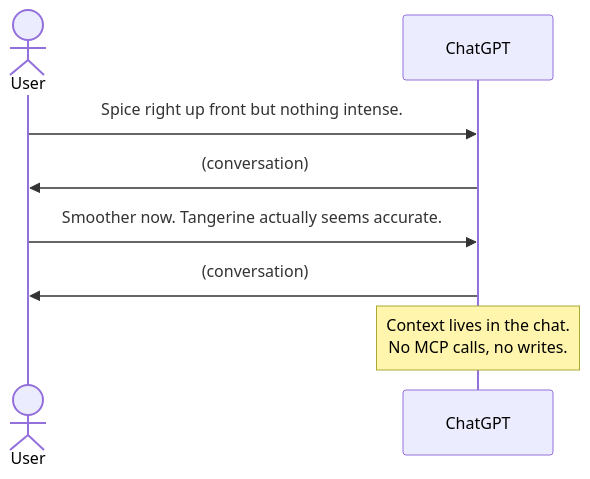
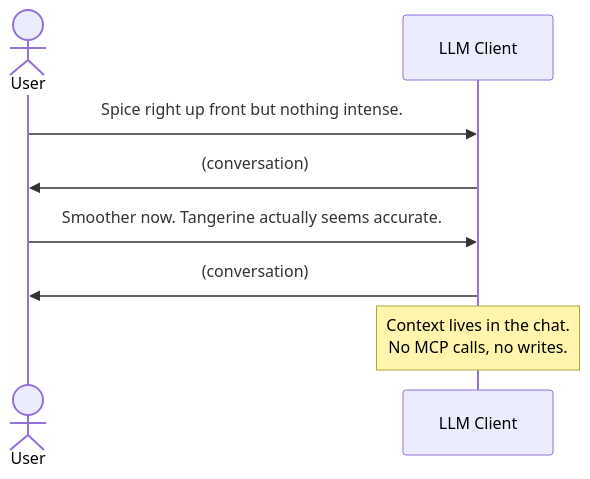
One commit to thaynes43/cigar-journal changed the first of 3 diagrams in docs/flows/001-smoking-session.md. Above: the diagram before and after it, drawn with Mermaid. The commit also changed other lines of this file and 19 other files, not shown here.

First line of the commit message:
docs: revision pass from architecture review — client-neutral MCP, retry-safe mutations, relaxed cigar taxonomy

````diff
--- a/docs/flows/001-smoking-session.md
+++ b/docs/flows/001-smoking-session.md
@@ -12,10 +15,10 @@
 ```mermaid
 sequenceDiagram
     actor U as User
-    participant C as ChatGPT
+    participant C as LLM Client
     U->>C: Spice right up front but nothing intense.
     C->>U: (conversation)
     U->>C: Smoother now. Tangerine actually seems accurate.
     C->>U: (conversation)
     Note over C: Context lives in the chat.<br/>No MCP calls, no writes.
 ```
````
